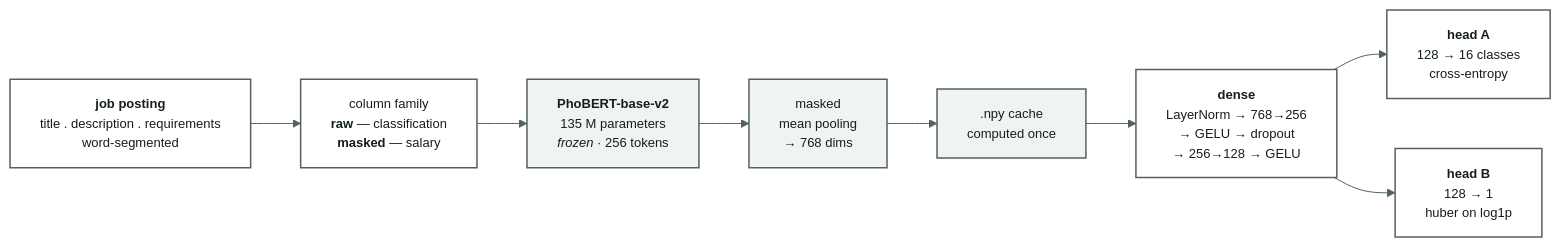
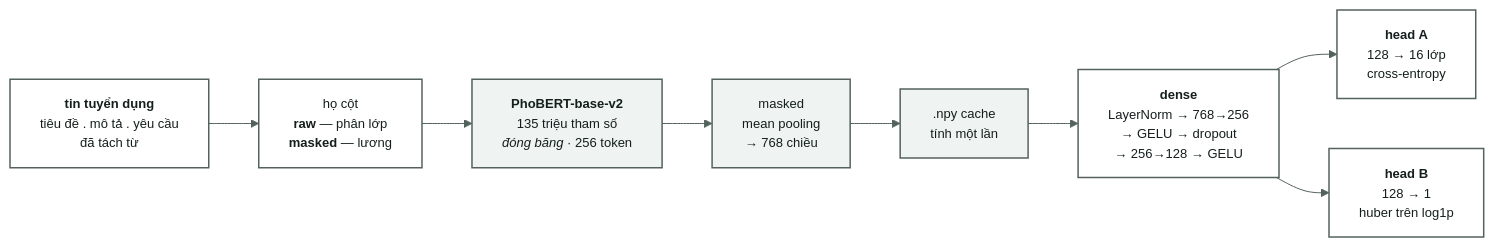
The diagram in docs/06-baseline-dl.md (boy2407/vietjobs), drawn with Mermaid before and after one commit. The commit also changed other lines of this file and 9 other files, not shown here.

First line of the commit message:
Reconcile Vietnamese preprocessing docs with the PhoBERT input path

````diff
--- a/docs/06-baseline-dl.md
+++ b/docs/06-baseline-dl.md
@@ -13,26 +13,26 @@
 ```mermaid
 %%{init:{'theme':'base','themeVariables':{
   'primaryColor':'#EFF3F1','primaryTextColor':'#141F1D','primaryBorderColor':'#54625E',
   'lineColor':'#54625E','fontSize':'13px','fontFamily':'Be Vietnam Pro, Segoe UI, sans-serif',
   'clusterBkg':'#FFFFFF','clusterBorder':'#C3CFCB','edgeLabelBackground':'#FFFFFF',
   'secondaryColor':'#FFFFFF','tertiaryColor':'#FFFFFF','mainBkg':'#FFFFFF',
   'nodeTextColor':'#141F1D','titleColor':'#141F1D'}}}%%
 flowchart LR
     classDef default fill:#FFFFFF,stroke:#54625E,stroke-width:1.5px,color:#141F1D
-    T["<b>job posting</b><br/>title . description . requirements<br/>word-segmented"]
-    R["column family<br/><b>raw</b> — classification<br/><b>masked</b> — salary"]
-    P["<b>PhoBERT-base-v2</b><br/>135 M parameters<br/><i>frozen</i> · 256 tokens"]
-    M["masked<br/>mean pooling<br/>→ 768 dims"]
-    C[".npy cache<br/>computed once"]
+    T["<b>tin tuyển dụng</b><br/>tiêu đề . mô tả . yêu cầu<br/>đã tách từ"]
+    R["họ cột<br/><b>raw</b> — phân lớp<br/><b>masked</b> — lương"]
+    P["<b>PhoBERT-base-v2</b><br/>135 triệu tham số<br/><i>đóng băng</i> · 256 token"]
+    M["masked<br/>mean pooling<br/>→ 768 chiều"]
+    C[".npy cache<br/>tính một lần"]
     D["<b>dense</b><br/>LayerNorm → 768→256<br/>→ GELU → dropout<br/>→ 256→128 → GELU"]
-    A["<b>head A</b><br/>128 → 16 classes<br/>cross-entropy"]
-    B["<b>head B</b><br/>128 → 1<br/>huber on log1p"]
+    A["<b>head A</b><br/>128 → 16 lớp<br/>cross-entropy"]
+    B["<b>head B</b><br/>128 → 1<br/>huber trên log1p"]
 
     T --> R --> P --> M --> C --> D
     D --> A
     D --> B
 
     classDef frozen fill:#EFF3F1,stroke:#54625E,stroke-width:1.5px
     classDef done fill:#E2F0EC,stroke:#0E6B5B,stroke-width:2px,color:#0E6B5B
     class P,M,C frozen
 ```
````
